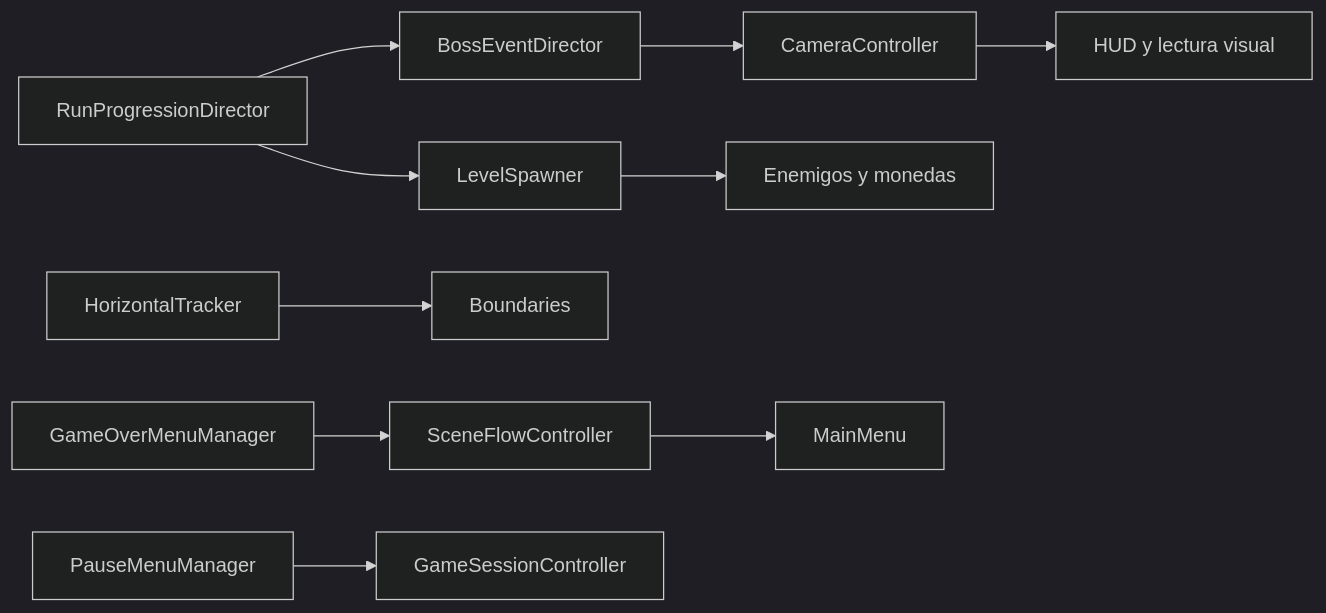
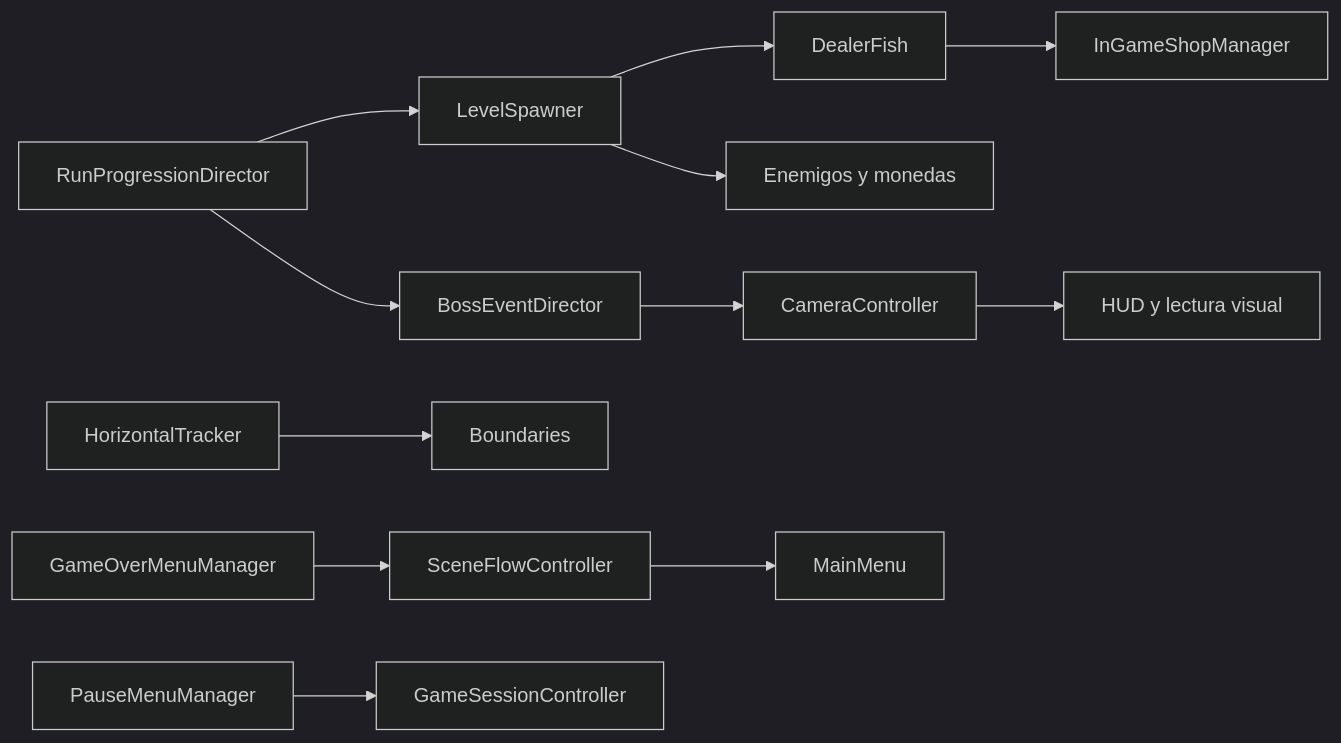
The second of 2 diagrams in Docs/ZonaEpipelagica.md (NicoCG32/Squid-Ink-Pulse-Public-Version), drawn with Mermaid (dark theme) before and after one commit. The commit also changed other lines of this file and 31 other files, not shown here.

Commit message:
Tienda in game implementada - Implementación de gadgets adquiribles en tienda - Implementación de pez dealer con su HUD - se corrigió un problema con la interfaz de gadgets, se intercambiabn Q y W - Movimiento de cámara cuando se activa ink pulse - Documentación de parámetros ajustables para QA y UX

````diff
--- a/Docs/ZonaEpipelagica.md
+++ b/Docs/ZonaEpipelagica.md
@@ -96,12 +101,14 @@
 ```mermaid
 flowchart LR
     RunProgressionDirector --> LevelSpawner
     RunProgressionDirector --> BossEventDirector
     BossEventDirector --> CameraController
     HorizontalTracker --> Boundaries
     LevelSpawner --> Enemies[Enemigos y monedas]
+    LevelSpawner --> DealerFish[DealerFish]
+    DealerFish --> InGameShopManager
     CameraController --> HUD[HUD y lectura visual]
     SceneFlowController --> MainMenu[MainMenu]
     PauseMenuManager --> GameSessionController
     GameOverMenuManager --> SceneFlowController
 ```
````
